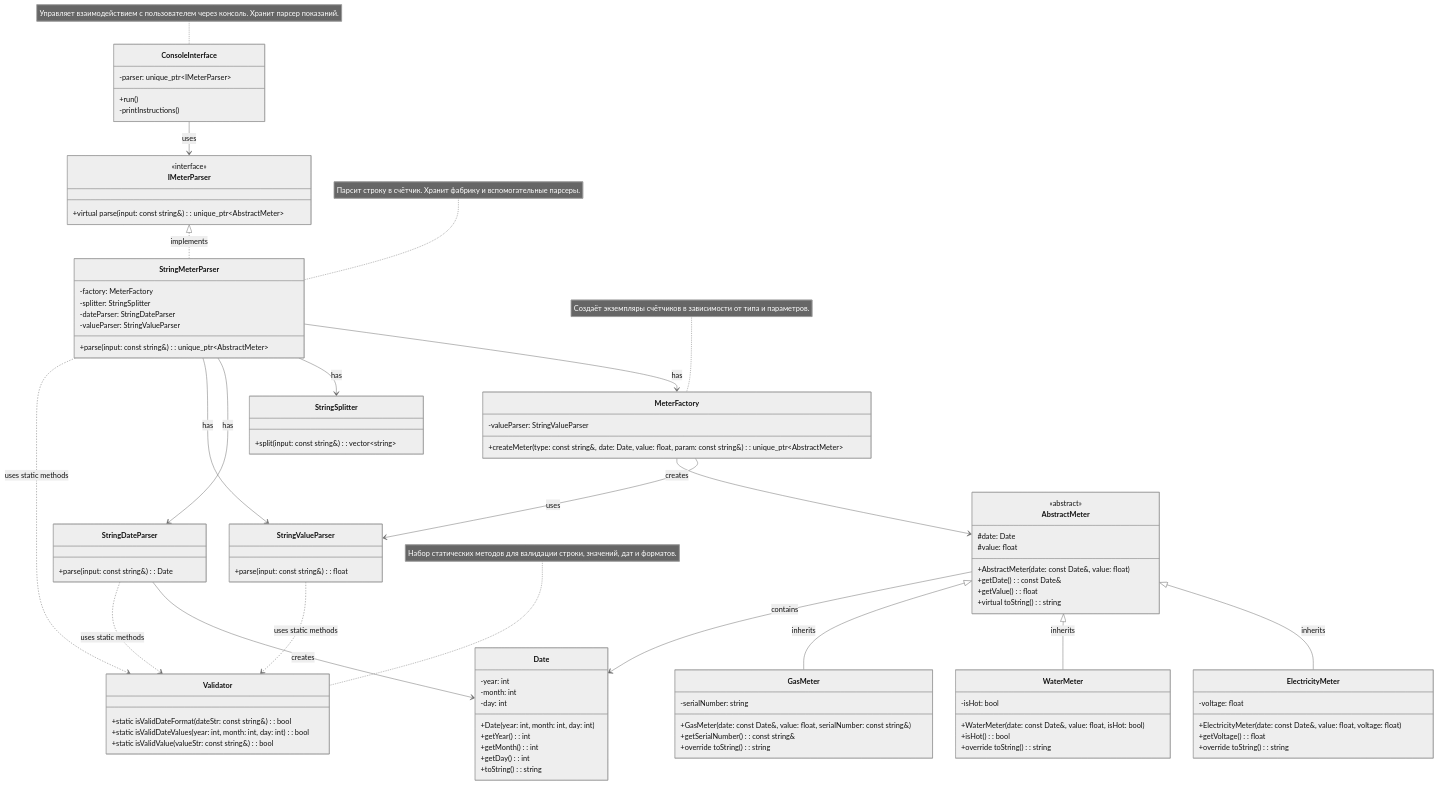
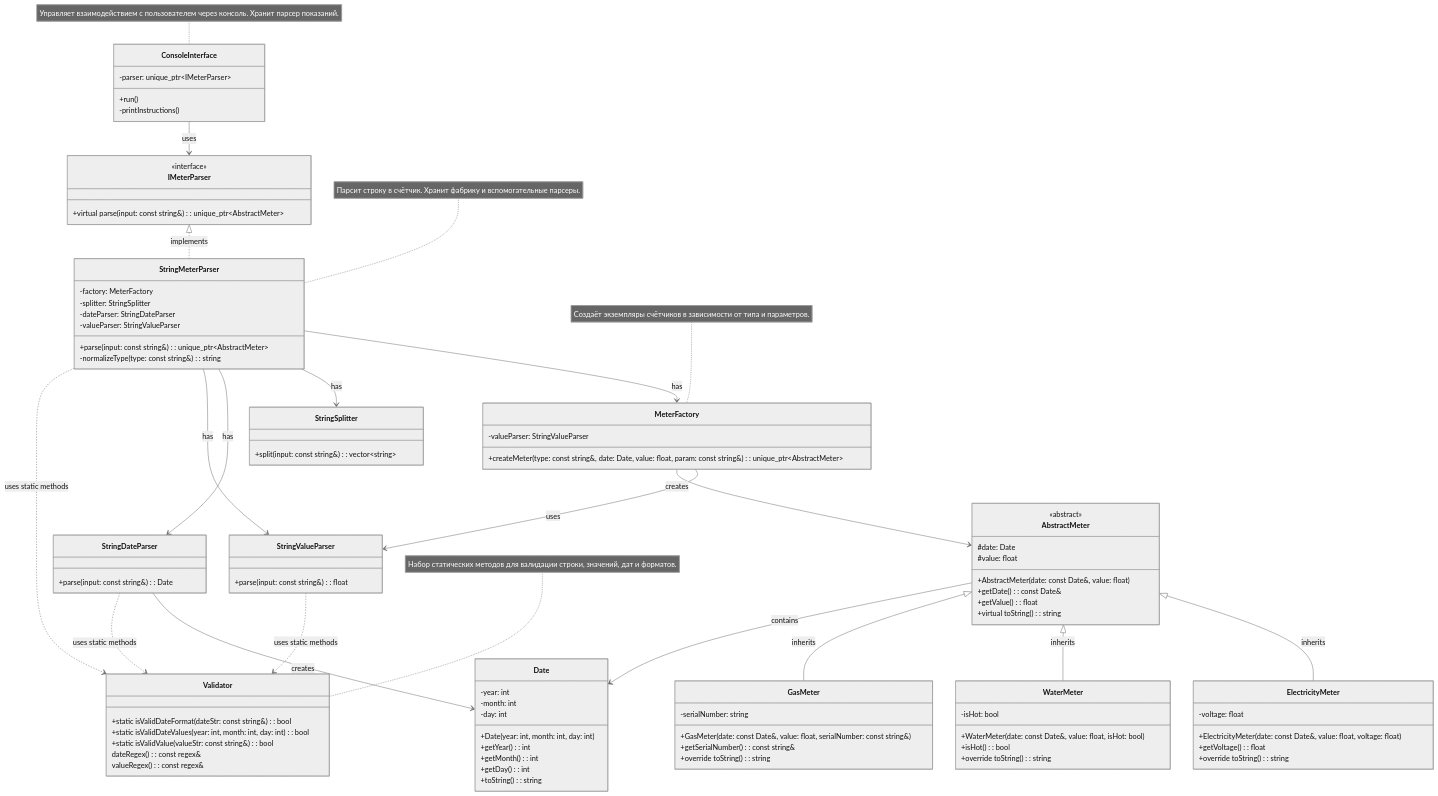
One commit to SoffTiAmS2/MetersData changed the diagram in README.md. Above: the diagram before and after it, drawn with Mermaid (neutral theme). The commit also changed 7 other files, not shown here.

```diff
--- a/README.md
+++ b/README.md
@@ -59,6 +59,7 @@
     
     class StringMeterParser {
         +parse(input: const string&): unique_ptr~AbstractMeter~
+        -normalizeType(type: const string&): string
         -factory: MeterFactory
         -splitter: StringSplitter
         -dateParser: StringDateParser
@@ -74,6 +75,10 @@
         +static isValidDateFormat(dateStr: const string&): bool
         +static isValidDateValues(year: int, month: int, day: int): bool
         +static isValidValue(valueStr: const string&): bool
+
+        dateRegex(): const regex&
+        valueRegex(): const regex&
+
     }
     
     class StringSplitter {
```
